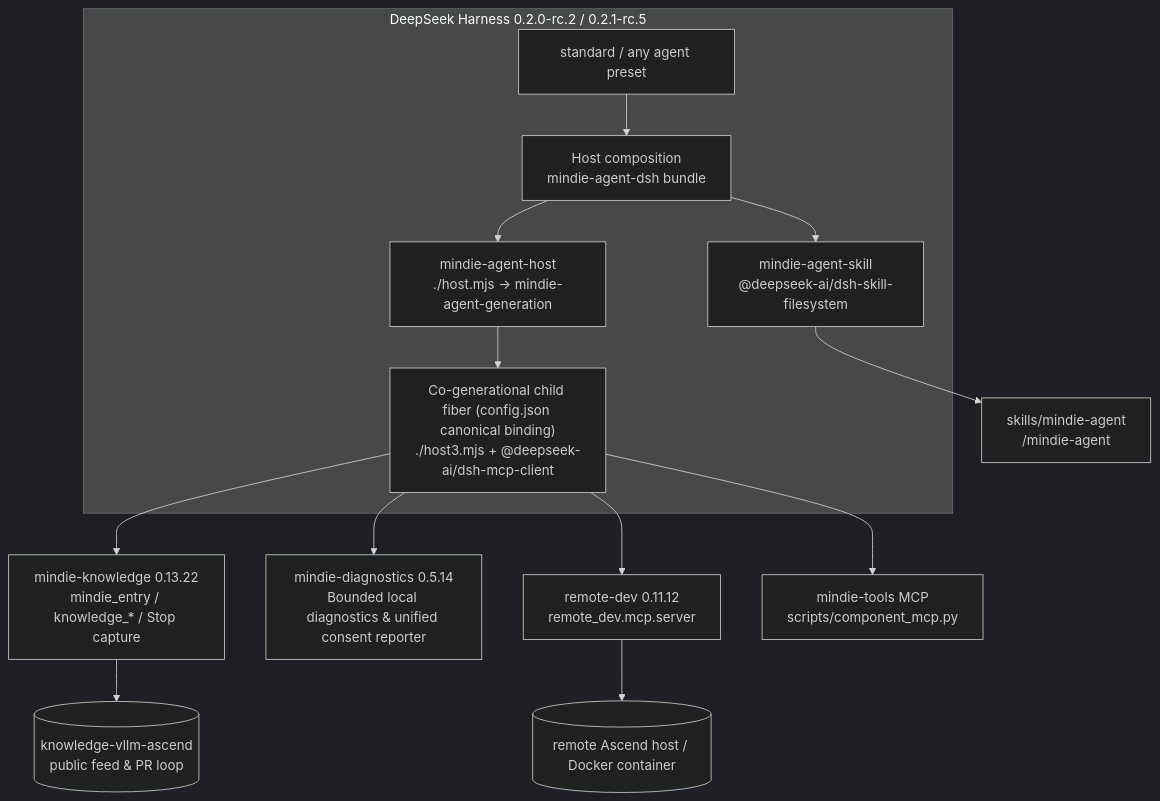
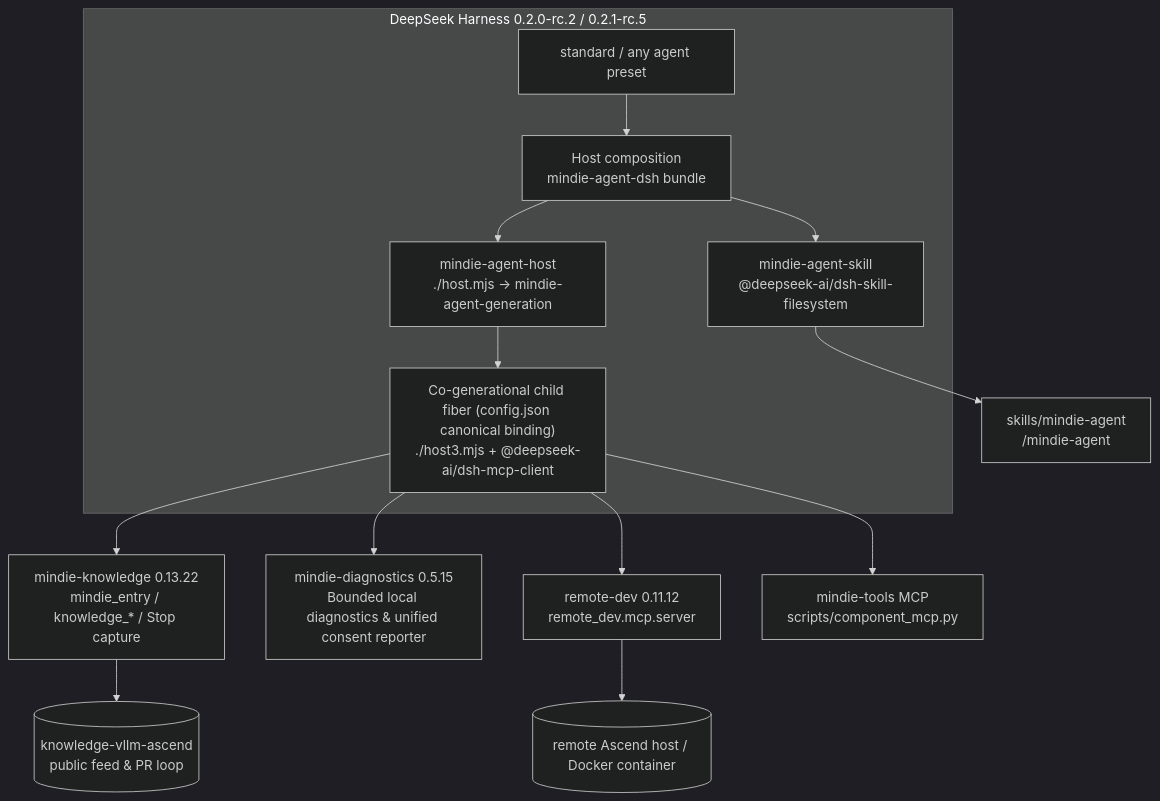
The diagram in README.en.md (mindie-agent/mindie-agent-dsh), drawn with Mermaid (dark theme) before and after one commit. The commit also changed other lines of this file and 8 other files, not shown here.

````diff
--- a/README.en.md
+++ b/README.en.md
@@ -168,21 +168,21 @@
 ```mermaid
 flowchart TB
   subgraph DSH["DeepSeek Harness 0.2.0-rc.2 / 0.2.1-rc.5"]
     HOST["Host composition<br/>mindie-agent-dsh bundle"]
     STD["standard / any agent preset"]
     SKILL["mindie-agent-skill<br/>@deepseek-ai/dsh-skill-filesystem"]
     HPLUG["mindie-agent-host<br/>./host.mjs -> mindie-agent-generation"]
     GEN["Co-generational child fiber (config.json canonical binding)<br/>./host3.mjs + @deepseek-ai/dsh-mcp-client"]
     STD --> HOST
     HOST --> SKILL
     HOST --> HPLUG
     HPLUG --> GEN
   end
   SKILL --> SK["skills/mindie-agent<br/>/mindie-agent"]
   GEN --> KS["mindie-knowledge 0.13.22<br/>mindie_entry / knowledge_* / Stop capture"]
-  GEN --> DIAG["mindie-diagnostics 0.5.14<br/>Bounded local diagnostics & unified consent reporter"]
+  GEN --> DIAG["mindie-diagnostics 0.5.15<br/>Bounded local diagnostics & unified consent reporter"]
   KS --> FEED[("knowledge-vllm-ascend<br/>public feed & PR loop")]
   GEN --> RD["remote-dev 0.11.12<br/>remote_dev.mcp.server"]
   GEN --> MT["mindie-tools MCP<br/>scripts/component_mcp.py"]
   RD --> NPU[("remote Ascend host / Docker container")]
 ```
````
